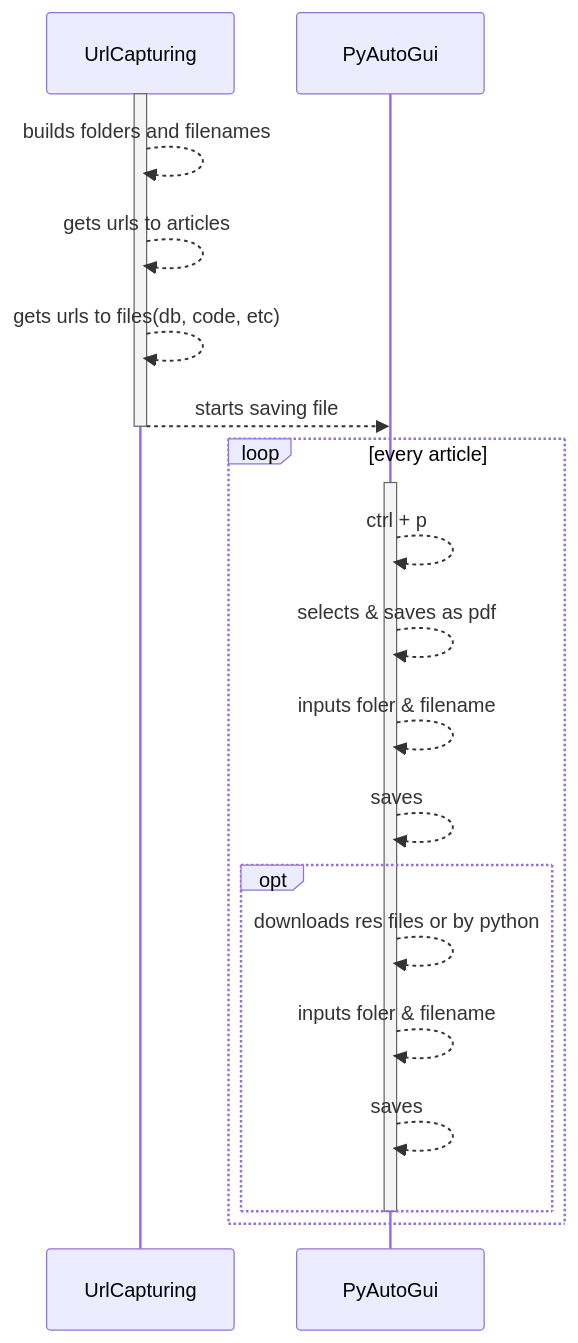
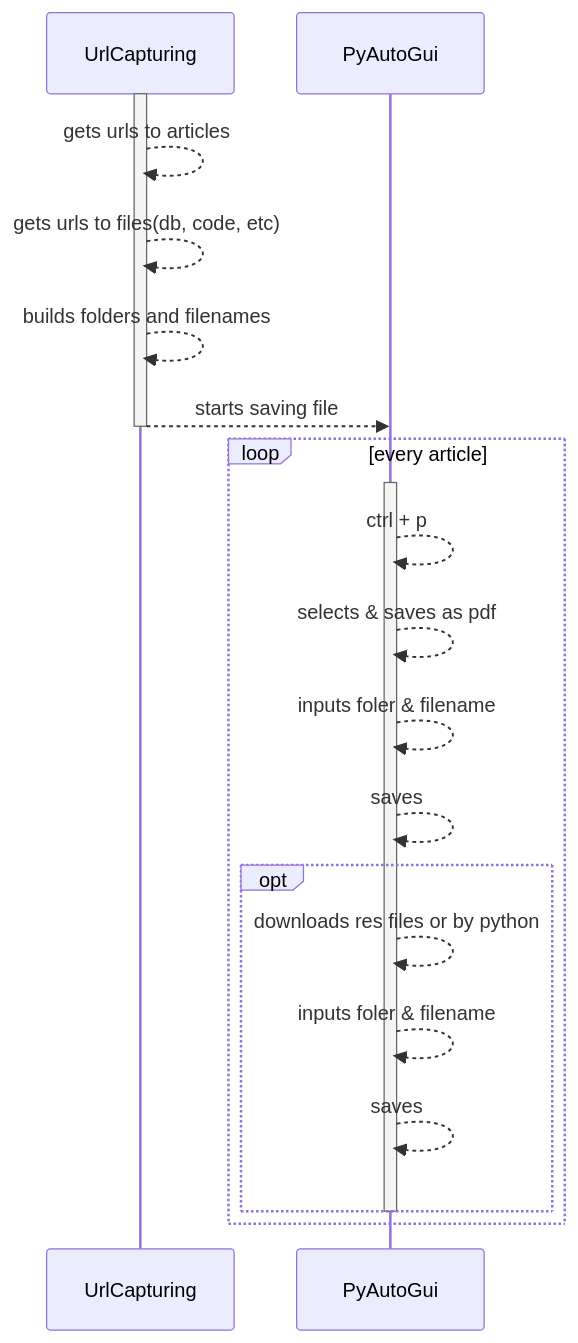
Before and after one commit to chanchan098/Docs: the third of 4 diagrams in z-article-capturing.md, drawn with Mermaid. The commit also changed other lines of this file and 55 other files, not shown here.

````diff
--- a/z-article-capturing.md
+++ b/z-article-capturing.md
@@ -44,23 +45,23 @@
 ```mermaid
 sequenceDiagram    
     activate UrlCapturing
-    UrlCapturing-->>UrlCapturing: builds folders and filenames
     UrlCapturing-->>UrlCapturing: gets urls to articles
     UrlCapturing-->>UrlCapturing: gets urls to files(db, code, etc)
+    UrlCapturing-->>UrlCapturing: builds folders and filenames
     UrlCapturing-->>PyAutoGui: starts saving file
     deactivate UrlCapturing
 
     loop every article
         activate PyAutoGui
         PyAutoGui-->>PyAutoGui: ctrl + p
         PyAutoGui-->>PyAutoGui: selects & saves as pdf
         PyAutoGui-->>PyAutoGui: inputs foler & filename
         PyAutoGui-->>PyAutoGui: saves
         opt 
             PyAutoGui-->>PyAutoGui: downloads res files or by python
             PyAutoGui-->>PyAutoGui: inputs foler & filename
             PyAutoGui-->>PyAutoGui: saves
         end
         deactivate PyAutoGui
     end
 ```
````
